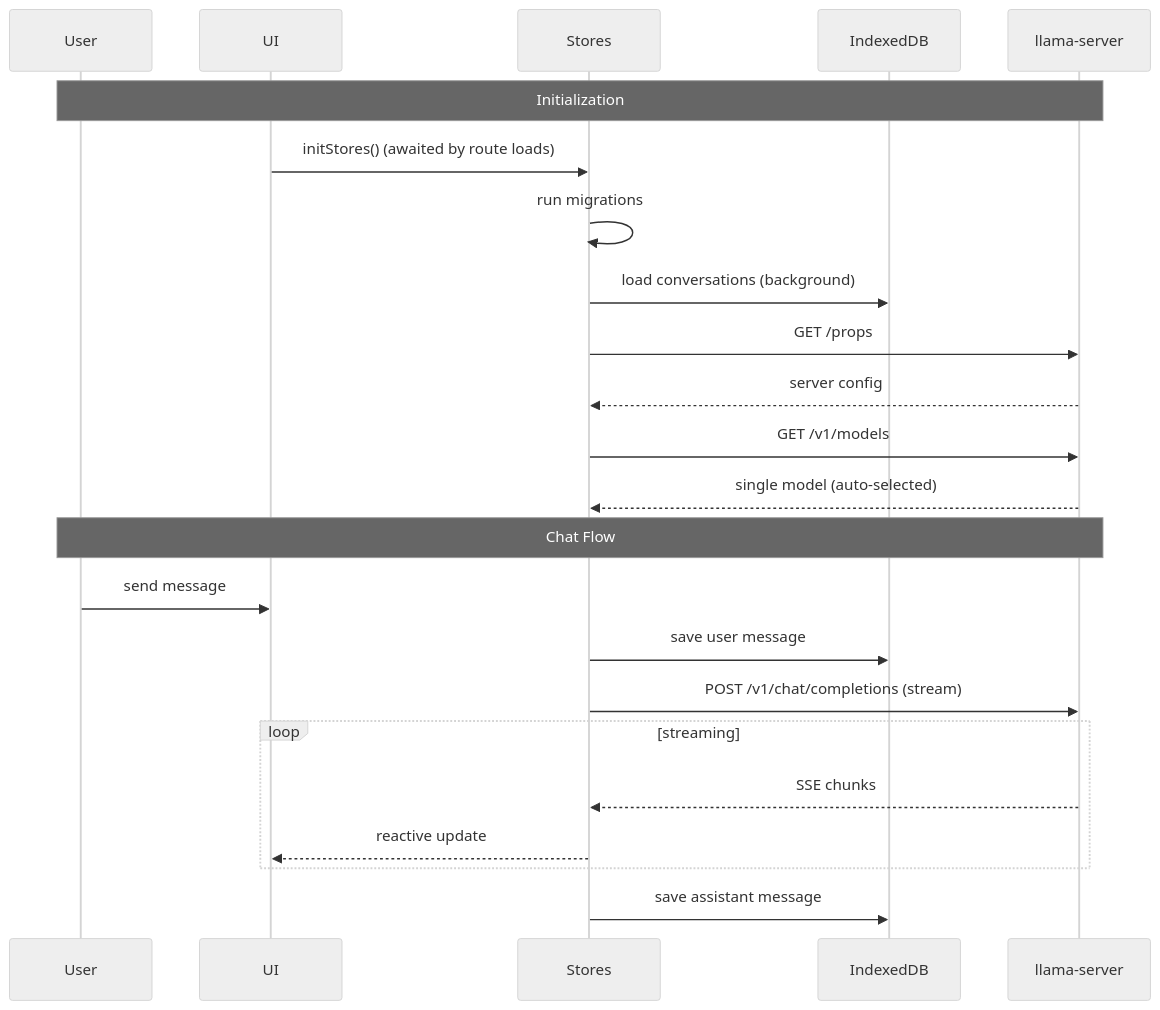
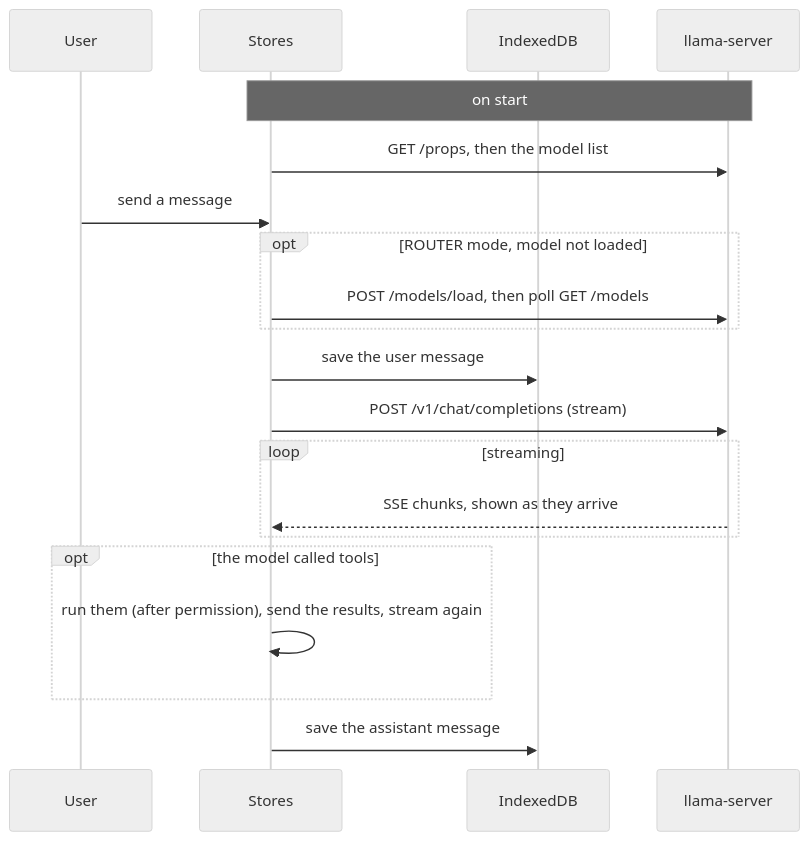
One commit to allozaur/llama.cpp changed the second of 2 diagrams in ui/apps/chat/README.md. Above: the diagram before and after it, drawn with Mermaid (neutral theme). The commit also changed other lines of this file, not shown here.

First line of the commit message:
ui: a shorter Llama Chat README that matches the code

````diff
--- a/ui/apps/chat/README.md
+++ b/ui/apps/chat/README.md
@@ -517,27 +124,23 @@
 ```mermaid
 sequenceDiagram
     participant User
-    participant UI
     participant Stores
     participant DB as IndexedDB
     participant API as llama-server
 
-    Note over User,API: Initialization
-    UI->>Stores: initStores() (awaited by route loads)
-    Stores->>Stores: run migrations
-    Stores->>DB: load conversations (background)
-    Stores->>API: GET /props
-    API-->>Stores: server config
-    Stores->>API: GET /v1/models
-    API-->>Stores: single model (auto-selected)
-
-    Note over User,API: Chat Flow
-    User->>UI: send message
-    Stores->>DB: save user message
+    Note over Stores,API: on start
+    Stores->>API: GET /props, then the model list
+    User->>Stores: send a message
+    opt ROUTER mode, model not loaded
+        Stores->>API: POST /models/load, then poll GET /models
+    end
+    Stores->>DB: save the user message
     Stores->>API: POST /v1/chat/completions (stream)
     loop streaming
-        API-->>Stores: SSE chunks
-        Stores-->>UI: reactive update
+        API-->>Stores: SSE chunks, shown as they arrive
     end
-    Stores->>DB: save assistant message
+    opt the model called tools
+        Stores->>Stores: run them (after permission), send the results, stream again
+    end
+    Stores->>DB: save the assistant message
 ```
````
